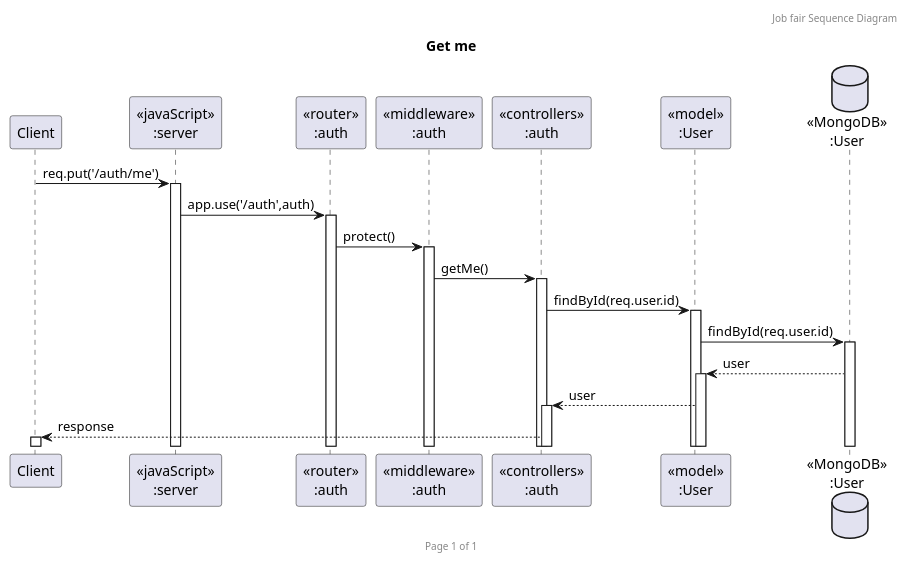
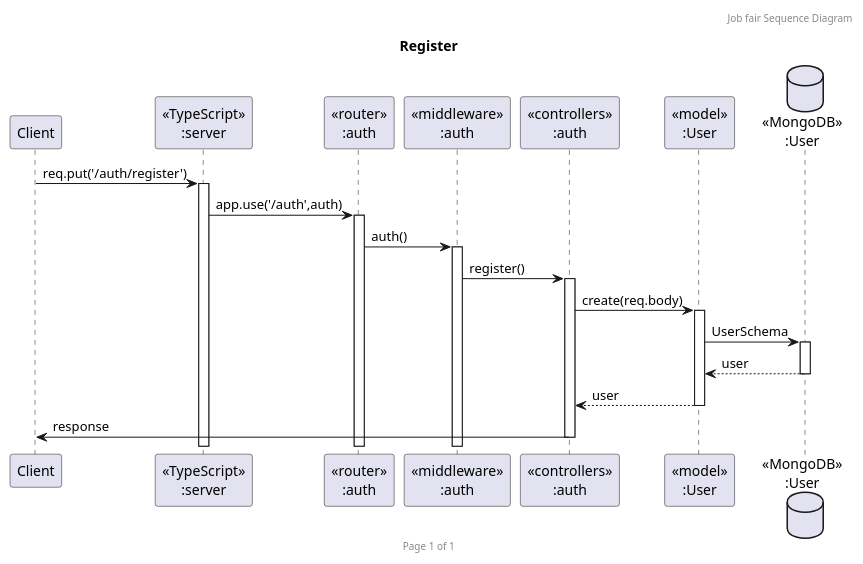
Before and after one commit to TeerapatChan/CU-JobfairBackend: the diagram in sequence_auth.puml, drawn with PlantUML. The commit also changed 1 other file, not shown here.

Commit message:
feat: sequence diagram company

```diff
--- a/sequence_auth.puml
+++ b/sequence_auth.puml
@@ -1,53 +1,53 @@
-@startuml Get me
+@startuml Register
 
 header Job fair Sequence Diagram
 footer Page %page% of %lastpage%
 ' title "Authentication"
-title Get me
+title Register
 participant "Client" as client
-participant "<<javaScript>>\n:server" as server
+participant "<<TypeScript>>\n:server" as server
 participant "<<router>>\n:auth" as routerUsers
 participant "<<middleware>>\n:auth" as middlewareUsers
 participant "<<controllers>>\n:auth" as controllersUsers
 participant "<<model>>\n:User" as modelUser
 database "<<MongoDB>>\n:User" as UserDatabase
 
 ' alt Register
-    ' client->server ++:req.put('/auth/register')
-    ' server->routerUsers ++:app.use('/auth',auth)
-    ' routerUsers->middlewareUsers ++:auth()
-    ' middlewareUsers->controllersUsers ++:register()
-    ' controllersUsers->modelUser ++:create(req.body)
-    ' modelUser->UserDatabase ++:UserSchema
-    ' UserDatabase-->modelUser --:user
-    ' controllersUsers <-- modelUser --:user
-    ' controllersUsers-> client --:response
+    client->server ++:req.put('/auth/register')
+    server->routerUsers ++:app.use('/auth',auth)
+    routerUsers->middlewareUsers ++:auth()
+    middlewareUsers->controllersUsers ++:register()
+    controllersUsers->modelUser ++:create(req.body)
+    modelUser->UserDatabase ++:UserSchema
+    UserDatabase-->modelUser --:user
+    controllersUsers <-- modelUser --:user
+    controllersUsers-> client --:response
 ' end
 ' alt Login
     ' client->server ++:req.put('/auth/login')
     ' server->routerUsers ++:app.use('/auth',auth)
     ' routerUsers->controllersUsers ++:login()
     ' controllersUsers->modelUser ++:findOne(req.body())
     ' modelUser->UserDatabase ++:UserSchema
     ' UserDatabase-->modelUser --:user
     ' controllersUsers <-- modelUser --:user
 ' end
 ' alt Logout
     ' client->server ++:req.put('/auth/logout')
     ' server->routerUsers ++:app.use('/auth',auth)
     ' routerUsers->middlewareUsers ++:protect()
     ' middlewareUsers->controllersUsers ++:logout()
     ' controllersUsers-> client ++:response
 ' end
 ' alt Get Me
-    client->server ++:req.put('/auth/me')
-    server->routerUsers ++:app.use('/auth',auth)
-    routerUsers->middlewareUsers ++:protect()
-    middlewareUsers->controllersUsers ++:getMe()
-    controllersUsers->modelUser ++:findById(req.user.id)
-    modelUser->UserDatabase ++:findById(req.user.id)
-    UserDatabase-->modelUser ++:user
-    modelUser-->controllersUsers ++:user
-    controllersUsers-->client ++:response
+    ' client->server ++:req.put('/auth/me')
+    ' server->routerUsers ++:app.use('/auth',auth)
+    ' routerUsers->middlewareUsers ++:protect()
+    ' middlewareUsers->controllersUsers ++:getMe()
+    ' controllersUsers->modelUser ++:findById(req.user.id)
+    ' modelUser->UserDatabase ++:findById(req.user.id)
+    ' UserDatabase-->modelUser ++:user
+    ' modelUser-->controllersUsers ++:user
+    ' controllersUsers-->client ++:response
 ' end
 @enduml
```
